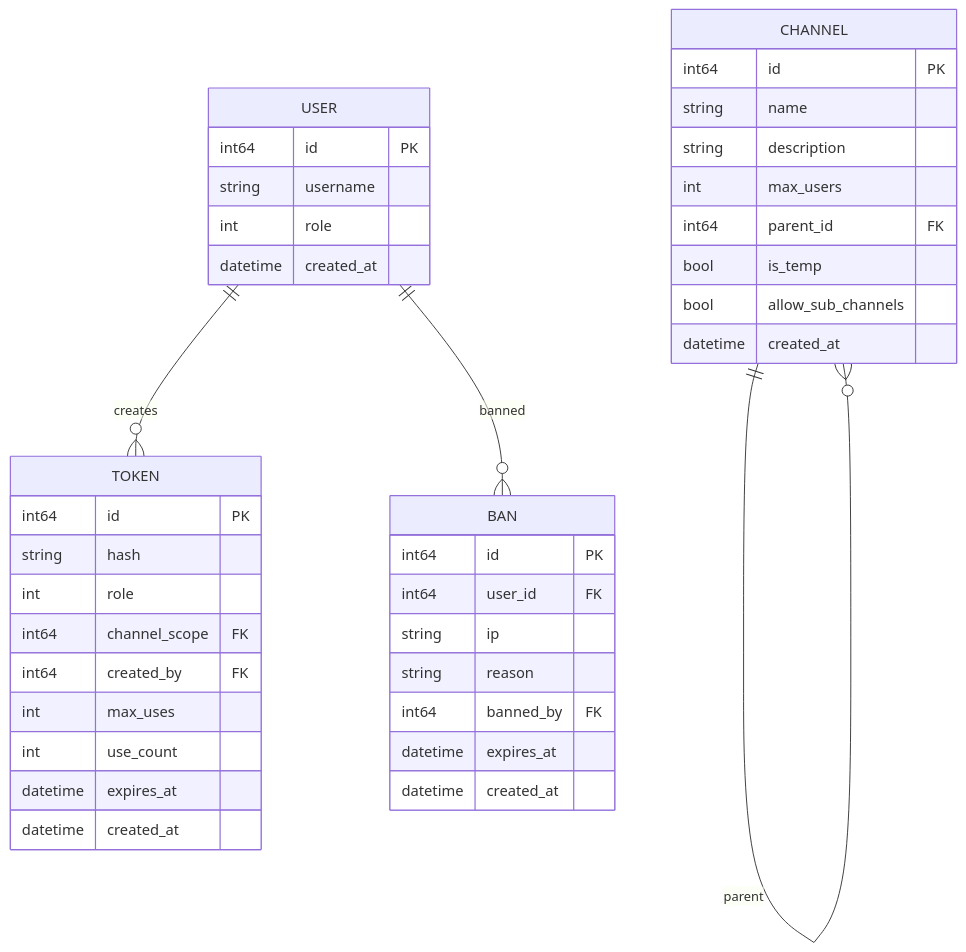
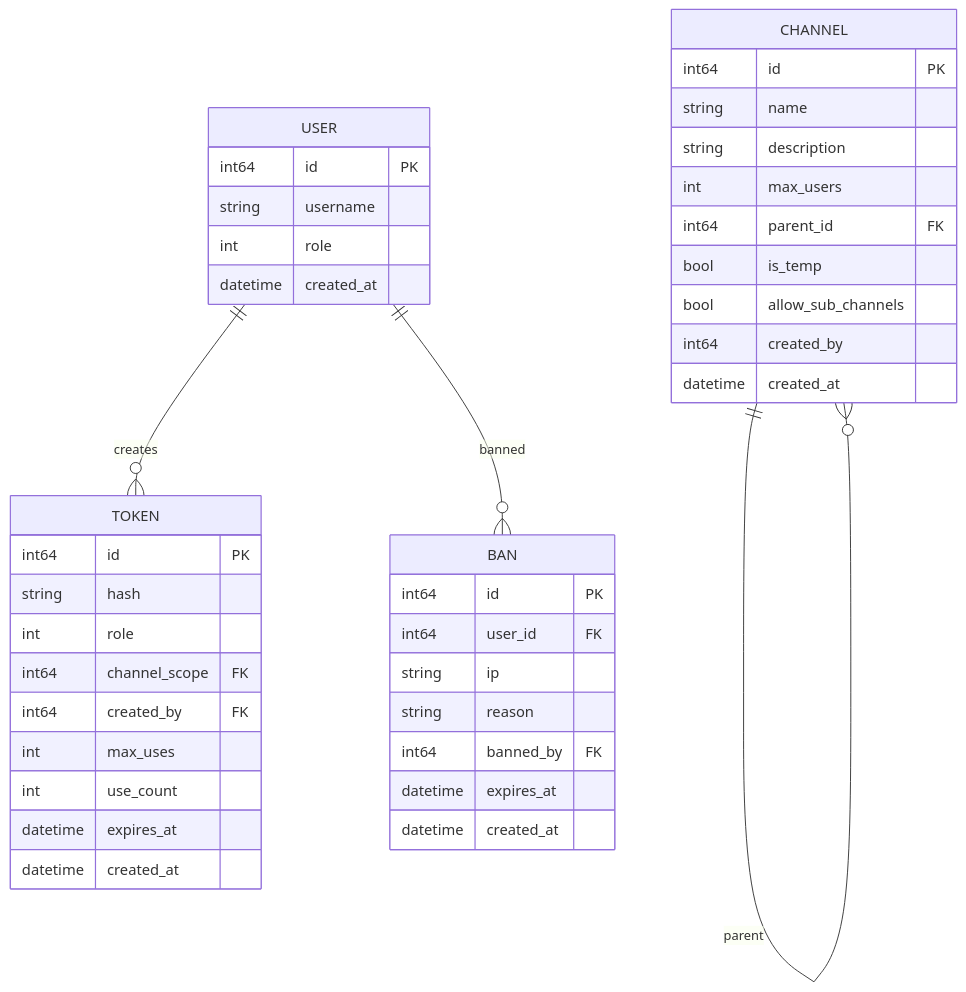
One commit to NicolasHaas/gospeak changed the fifth of 5 diagrams in docs/architecture.md. Above: the diagram before and after it, drawn with Mermaid. The commit also changed 13 other files, not shown here.

````diff
--- a/docs/architecture.md
+++ b/docs/architecture.md
@@ -178,43 +178,44 @@
 ```mermaid
 erDiagram
     USER {
         int64 id PK
         string username
         int role
         datetime created_at
     }
     CHANNEL {
         int64 id PK
         string name
         string description
         int max_users
         int64 parent_id FK
         bool is_temp
         bool allow_sub_channels
+        int64 created_by
         datetime created_at
     }
     TOKEN {
         int64 id PK
         string hash
         int role
         int64 channel_scope FK
         int64 created_by FK
         int max_uses
         int use_count
         datetime expires_at
         datetime created_at
     }
     BAN {
         int64 id PK
         int64 user_id FK
         string ip
         string reason
         int64 banned_by FK
         datetime expires_at
         datetime created_at
     }
 
     USER ||--o{ TOKEN : "creates"
     USER ||--o{ BAN : "banned"
     CHANNEL ||--o{ CHANNEL : "parent"
 ```
````
